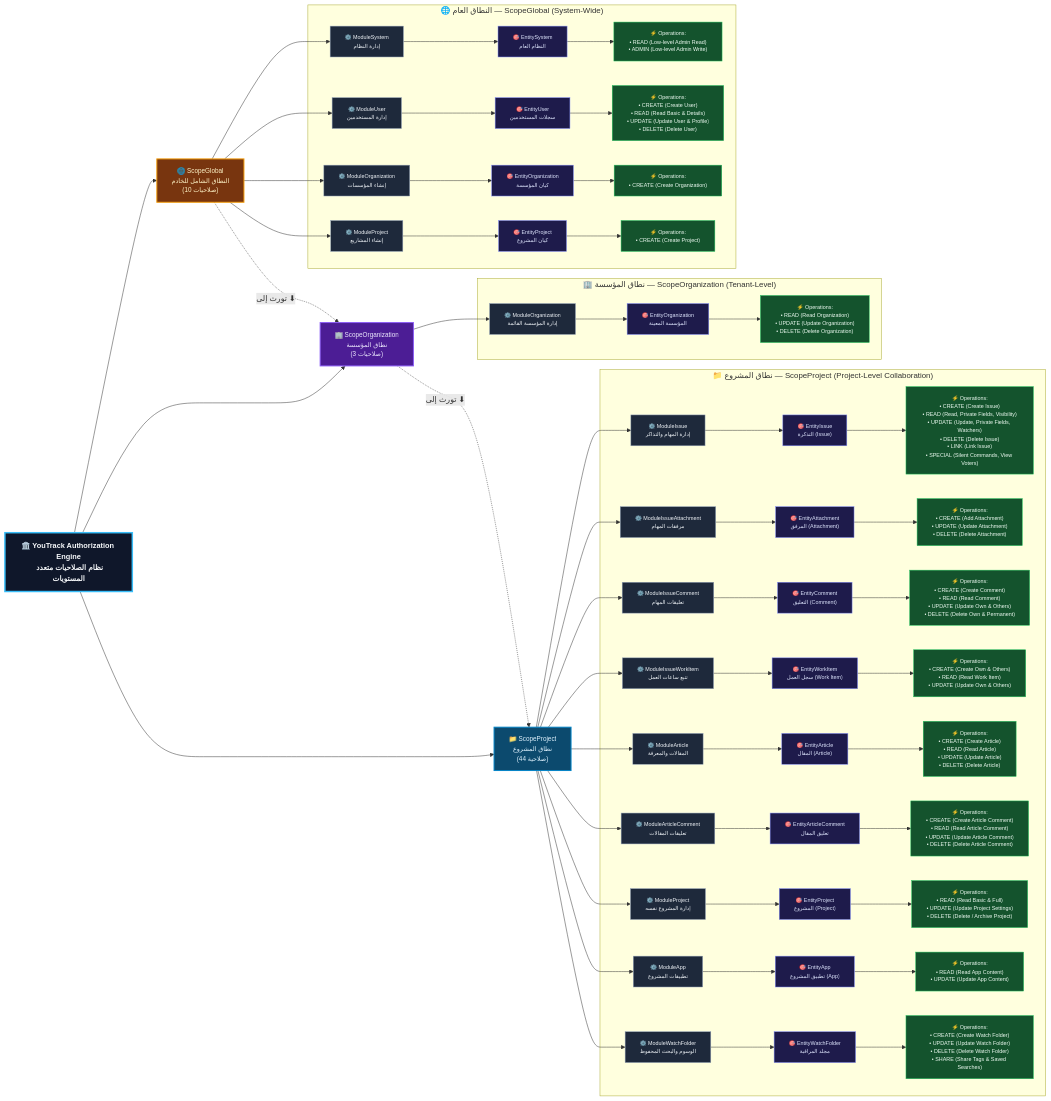
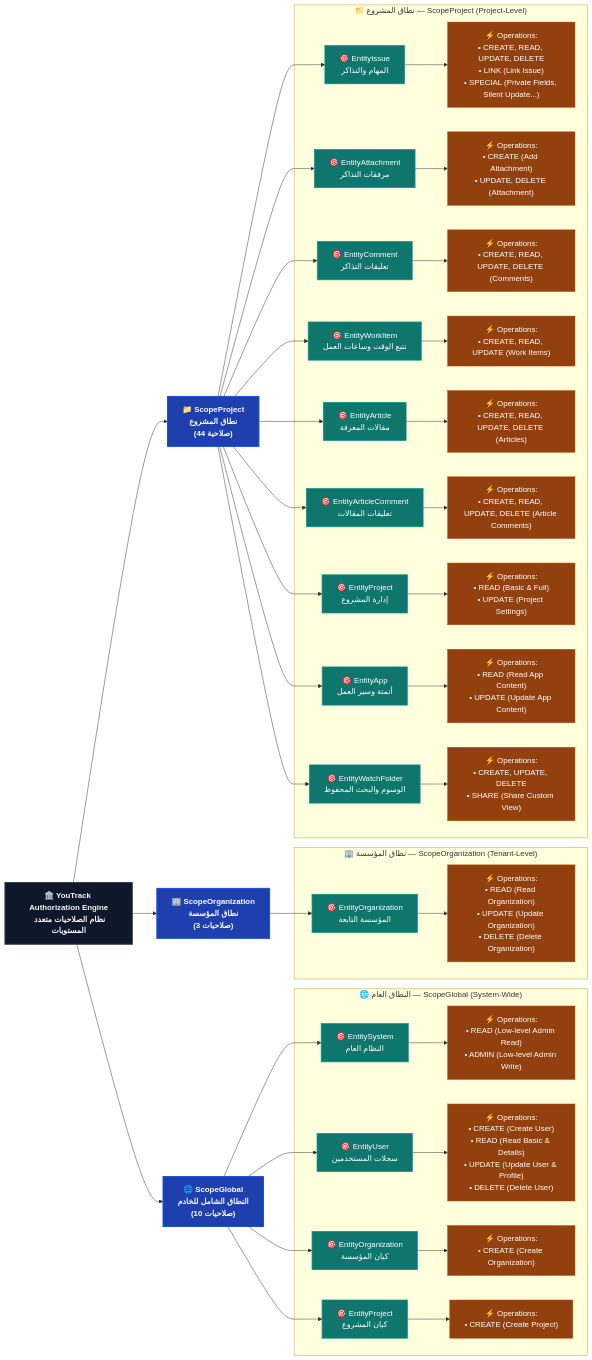
Before and after one commit to osmai4603-collab/permissions_youtrack: the diagram in docs/permissions/diagrams/scope_modules_entities_operations.mmd, drawn with Mermaid. The commit also changed 16 other files, not shown here.

```diff
--- a/docs/permissions/diagrams/scope_modules_entities_operations.mmd
+++ b/docs/permissions/diagrams/scope_modules_entities_operations.mmd
@@ -1,167 +1,118 @@
 %% ══════════════════════════════════════════════════════════════════════════════════
-%% YouTrack Scoped Permissions Matrix: ScopeLevel -> ModuleType -> EntityType -> OperationType
+%% YouTrack Scoped Permissions Matrix: ScopeLevel -> EntityType -> OperationType
 %% ══════════════════════════════════════════════════════════════════════════════════
-%% هذا المخطط يربط كل مستوى نطاق (Scope) بالوحدات الوظيفية (Modules)
-%% والموارد المستهدفة (Entities) والعمليات المسموح بها برمجياً (Operations)
-%% وفقاً لكتالوج YouTrack (catalog.go) وقواعد التحقق (service.go)
+%% هذا المخطط يربط كل مستوى نطاق (Scope) بالموارد المستهدفة (Entities)
+%% والعمليات المسموح بها برمجياً (Operations) وفقاً لكتالوج YouTrack ومعياره الرسمي
 %% ══════════════════════════════════════════════════════════════════════════════════
 
 graph LR
 
     %% ─────────────────────────────────────────────────────────────
     %% Level 1: Scope Levels (أفق النطاق)
     %% ─────────────────────────────────────────────────────────────
     ROOT["🏛️ YouTrack Authorization Engine<br/>نظام الصلاحيات متعدد المستويات"]
 
     SCOPE_G["🌐 ScopeGlobal<br/>النطاق الشامل للخادم<br/>(10 صلاحيات)"]
     SCOPE_O["🏢 ScopeOrganization<br/>نطاق المؤسسة<br/>(3 صلاحيات)"]
     SCOPE_P["📁 ScopeProject<br/>نطاق المشروع<br/>(44 صلاحية)"]
 
     ROOT --> SCOPE_G
     ROOT --> SCOPE_O
     ROOT --> SCOPE_P
 
     %% ═════════════════════════════════════════════════════════════
     %% 1. GLOBAL SCOPE BRANCH
     %% ═════════════════════════════════════════════════════════════
     subgraph SG_GLOBAL["🌐 النطاق العام — ScopeGlobal (System-Wide)"]
-        %% Modules
-        G_MOD_SYS["⚙️ ModuleSystem<br/>إدارة النظام"]
-        G_MOD_USER["⚙️ ModuleUser<br/>إدارة المستخدمين"]
-        G_MOD_ORG["⚙️ ModuleOrganization<br/>إنشاء المؤسسات"]
-        G_MOD_PROJ["⚙️ ModuleProject<br/>إنشاء المشاريع"]
-
         %% Entities
         G_ENT_SYS["🎯 EntitySystem<br/>النظام العام"]
         G_ENT_USER["🎯 EntityUser<br/>سجلات المستخدمين"]
         G_ENT_ORG["🎯 EntityOrganization<br/>كيان المؤسسة"]
         G_ENT_PROJ["🎯 EntityProject<br/>كيان المشروع"]
 
         %% Operations
         G_OPS_SYS["⚡ Operations:<br/>• READ (Low-level Admin Read)<br/>• ADMIN (Low-level Admin Write)"]
         G_OPS_USER["⚡ Operations:<br/>• CREATE (Create User)<br/>• READ (Read Basic & Details)<br/>• UPDATE (Update User & Profile)<br/>• DELETE (Delete User)"]
         G_OPS_ORG["⚡ Operations:<br/>• CREATE (Create Organization)"]
         G_OPS_PROJ["⚡ Operations:<br/>• CREATE (Create Project)"]
 
-        G_MOD_SYS --> G_ENT_SYS --> G_OPS_SYS
-        G_MOD_USER --> G_ENT_USER --> G_OPS_USER
-        G_MOD_ORG --> G_ENT_ORG --> G_OPS_ORG
-        G_MOD_PROJ --> G_ENT_PROJ --> G_OPS_PROJ
+        G_ENT_SYS --> G_OPS_SYS
+        G_ENT_USER --> G_OPS_USER
+        G_ENT_ORG --> G_OPS_ORG
+        G_ENT_PROJ --> G_OPS_PROJ
     end
 
-    SCOPE_G --> G_MOD_SYS
-    SCOPE_G --> G_MOD_USER
-    SCOPE_G --> G_MOD_ORG
-    SCOPE_G --> G_MOD_PROJ
+    SCOPE_G --> G_ENT_SYS
+    SCOPE_G --> G_ENT_USER
+    SCOPE_G --> G_ENT_ORG
+    SCOPE_G --> G_ENT_PROJ
 
     %% ═════════════════════════════════════════════════════════════
     %% 2. ORGANIZATION SCOPE BRANCH
     %% ═════════════════════════════════════════════════════════════
     subgraph SG_ORG["🏢 نطاق المؤسسة — ScopeOrganization (Tenant-Level)"]
-        %% Modules
-        O_MOD_ORG["⚙️ ModuleOrganization<br/>إدارة المؤسسة القائمة"]
-
-        %% Entities
-        O_ENT_ORG["🎯 EntityOrganization<br/>المؤسسة المعينة"]
-
-        %% Operations
+        O_ENT_ORG["🎯 EntityOrganization<br/>المؤسسة التابعة"]
         O_OPS_ORG["⚡ Operations:<br/>• READ (Read Organization)<br/>• UPDATE (Update Organization)<br/>• DELETE (Delete Organization)"]
 
-        O_MOD_ORG --> O_ENT_ORG --> O_OPS_ORG
+        O_ENT_ORG --> O_OPS_ORG
     end
 
-    SCOPE_O --> O_MOD_ORG
+    SCOPE_O --> O_ENT_ORG
 
     %% ═════════════════════════════════════════════════════════════
     %% 3. PROJECT SCOPE BRANCH
     %% ═════════════════════════════════════════════════════════════
-    subgraph SG_PROJECT["📁 نطاق المشروع — ScopeProject (Project-Level Collaboration)"]
-        %% Modules
-        P_MOD_ISSUE["⚙️ ModuleIssue<br/>إدارة المهام والتذاكر"]
-        P_MOD_ATTACH["⚙️ ModuleIssueAttachment<br/>مرفقات المهام"]
-        P_MOD_ISSCOM["⚙️ ModuleIssueComment<br/>تعليقات المهام"]
-        P_MOD_WORK["⚙️ ModuleIssueWorkItem<br/>تتبع ساعات العمل"]
-        P_MOD_ARTICLE["⚙️ ModuleArticle<br/>المقالات والمعرفة"]
-        P_MOD_ARTCOM["⚙️ ModuleArticleComment<br/>تعليقات المقالات"]
-        P_MOD_PROJ["⚙️ ModuleProject<br/>إدارة المشروع نفسه"]
-        P_MOD_APP["⚙️ ModuleApp<br/>تطبيقات المشروع"]
-        P_MOD_WATCH["⚙️ ModuleWatchFolder<br/>الوسوم والبحث المحفوظ"]
+    subgraph SG_PROJ["📁 نطاق المشروع — ScopeProject (Project-Level)"]
+        P_ENT_ISSUE["🎯 EntityIssue<br/>المهام والتذاكر"]
+        P_ENT_ATTACH["🎯 EntityAttachment<br/>مرفقات التذاكر"]
+        P_ENT_COMMENT["🎯 EntityComment<br/>تعليقات التذاكر"]
+        P_ENT_WORK["🎯 EntityWorkItem<br/>تتبع الوقت وساعات العمل"]
+        P_ENT_ARTICLE["🎯 EntityArticle<br/>مقالات المعرفة"]
+        P_ENT_ARTCOM["🎯 EntityArticleComment<br/>تعليقات المقالات"]
+        P_ENT_PROJ["🎯 EntityProject<br/>إدارة المشروع"]
+        P_ENT_APP["🎯 EntityApp<br/>أتمتة وسير العمل"]
+        P_ENT_WATCH["🎯 EntityWatchFolder<br/>الوسوم والبحث المحفوظ"]
 
-        %% Entities
-        P_ENT_ISSUE["🎯 EntityIssue<br/>التذكرة (Issue)"]
-        P_ENT_ATTACH["🎯 EntityAttachment<br/>المرفق (Attachment)"]
-        P_ENT_ISSCOM["🎯 EntityComment<br/>التعليق (Comment)"]
-        P_ENT_WORK["🎯 EntityWorkItem<br/>سجل العمل (Work Item)"]
-        P_ENT_ARTICLE["🎯 EntityArticle<br/>المقال (Article)"]
-        P_ENT_ARTCOM["🎯 EntityArticleComment<br/>تعليق المقال"]
-        P_ENT_PROJ["🎯 EntityProject<br/>المشروع (Project)"]
-        P_ENT_APP["🎯 EntityApp<br/>تطبيق المشروع (App)"]
-        P_ENT_WATCH["🎯 EntityWatchFolder<br/>مجلد المراقبة"]
+        P_OPS_ISSUE["⚡ Operations:<br/>• CREATE, READ, UPDATE, DELETE<br/>• LINK (Link Issue)<br/>• SPECIAL (Private Fields, Silent Update...)"]
+        P_OPS_ATTACH["⚡ Operations:<br/>• CREATE (Add Attachment)<br/>• UPDATE, DELETE (Attachment)"]
+        P_OPS_COMMENT["⚡ Operations:<br/>• CREATE, READ, UPDATE, DELETE (Comments)"]
+        P_OPS_WORK["⚡ Operations:<br/>• CREATE, READ, UPDATE (Work Items)"]
+        P_OPS_ARTICLE["⚡ Operations:<br/>• CREATE, READ, UPDATE, DELETE (Articles)"]
+        P_OPS_ARTCOM["⚡ Operations:<br/>• CREATE, READ, UPDATE, DELETE (Article Comments)"]
+        P_OPS_PROJ["⚡ Operations:<br/>• READ (Basic & Full)<br/>• UPDATE (Project Settings)"]
+        P_OPS_APP["⚡ Operations:<br/>• READ (Read App Content)<br/>• UPDATE (Update App Content)"]
+        P_OPS_WATCH["⚡ Operations:<br/>• CREATE, UPDATE, DELETE<br/>• SHARE (Share Custom View)"]
 
-        %% Operations
-        P_OPS_ISSUE["⚡ Operations:<br/>• CREATE (Create Issue)<br/>• READ (Read, Private Fields, Visibility)<br/>• UPDATE (Update, Private Fields, Watchers)<br/>• DELETE (Delete Issue)<br/>• LINK (Link Issue)<br/>• SPECIAL (Silent Commands, View Voters)"]
-        P_OPS_ATTACH["⚡ Operations:<br/>• CREATE (Add Attachment)<br/>• UPDATE (Update Attachment)<br/>• DELETE (Delete Attachment)"]
-        P_OPS_ISSCOM["⚡ Operations:<br/>• CREATE (Create Comment)<br/>• READ (Read Comment)<br/>• UPDATE (Update Own & Others)<br/>• DELETE (Delete Own & Permanent)"]
-        P_OPS_WORK["⚡ Operations:<br/>• CREATE (Create Own & Others)<br/>• READ (Read Work Item)<br/>• UPDATE (Update Own & Others)"]
-        P_OPS_ARTICLE["⚡ Operations:<br/>• CREATE (Create Article)<br/>• READ (Read Article)<br/>• UPDATE (Update Article)<br/>• DELETE (Delete Article)"]
-        P_OPS_ARTCOM["⚡ Operations:<br/>• CREATE (Create Article Comment)<br/>• READ (Read Article Comment)<br/>• UPDATE (Update Article Comment)<br/>• DELETE (Delete Article Comment)"]
-        P_OPS_PROJ["⚡ Operations:<br/>• READ (Read Basic & Full)<br/>• UPDATE (Update Project Settings)<br/>• DELETE (Delete / Archive Project)"]
-        P_OPS_APP["⚡ Operations:<br/>• READ (Read App Content)<br/>• UPDATE (Update App Content)"]
-        P_OPS_WATCH["⚡ Operations:<br/>• CREATE (Create Watch Folder)<br/>• UPDATE (Update Watch Folder)<br/>• DELETE (Delete Watch Folder)<br/>• SHARE (Share Tags & Saved Searches)"]
-
-        P_MOD_ISSUE --> P_ENT_ISSUE --> P_OPS_ISSUE
-        P_MOD_ATTACH --> P_ENT_ATTACH --> P_OPS_ATTACH
-        P_MOD_ISSCOM --> P_ENT_ISSCOM --> P_OPS_ISSCOM
-        P_MOD_WORK --> P_ENT_WORK --> P_OPS_WORK
-        P_MOD_ARTICLE --> P_ENT_ARTICLE --> P_OPS_ARTICLE
-        P_MOD_ARTCOM --> P_ENT_ARTCOM --> P_OPS_ARTCOM
-        P_MOD_PROJ --> P_ENT_PROJ --> P_OPS_PROJ
-        P_MOD_APP --> P_ENT_APP --> P_OPS_APP
-        P_MOD_WATCH --> P_ENT_WATCH --> P_OPS_WATCH
+        P_ENT_ISSUE --> P_OPS_ISSUE
+        P_ENT_ATTACH --> P_OPS_ATTACH
+        P_ENT_COMMENT --> P_OPS_COMMENT
+        P_ENT_WORK --> P_OPS_WORK
+        P_ENT_ARTICLE --> P_OPS_ARTICLE
+        P_ENT_ARTCOM --> P_OPS_ARTCOM
+        P_ENT_PROJ --> P_OPS_PROJ
+        P_ENT_APP --> P_OPS_APP
+        P_ENT_WATCH --> P_OPS_WATCH
     end
 
-    SCOPE_P --> P_MOD_ISSUE
-    SCOPE_P --> P_MOD_ATTACH
-    SCOPE_P --> P_MOD_ISSCOM
-    SCOPE_P --> P_MOD_WORK
-    SCOPE_P --> P_MOD_ARTICLE
-    SCOPE_P --> P_MOD_ARTCOM
-    SCOPE_P --> P_MOD_PROJ
-    SCOPE_P --> P_MOD_APP
-    SCOPE_P --> P_MOD_WATCH
+    SCOPE_P --> P_ENT_ISSUE
+    SCOPE_P --> P_ENT_ATTACH
+    SCOPE_P --> P_ENT_COMMENT
+    SCOPE_P --> P_ENT_WORK
+    SCOPE_P --> P_ENT_ARTICLE
+    SCOPE_P --> P_ENT_ARTCOM
+    SCOPE_P --> P_ENT_PROJ
+    SCOPE_P --> P_ENT_APP
+    SCOPE_P --> P_ENT_WATCH
 
-    %% ═════════════════════════════════════════════════════════════
-    %% Cascading Inheritance Rules (العلاقات الهرمية)
-    %% ═════════════════════════════════════════════════════════════
-    SCOPE_G -.->|"تورث إلى ⬇"| SCOPE_O
-    SCOPE_O -.->|"تورث إلى ⬇"| SCOPE_P
+    %% ─────────────────────────────────────────────────────────────
+    %% Styling and Classes
+    %% ─────────────────────────────────────────────────────────────
+    classDef rootNode fill:#0f172a,stroke:#334155,stroke-width:2px,color:#f8fafc,font-weight:bold
+    classDef scopeNode fill:#1e40af,stroke:#1d4ed8,stroke-width:2px,color:#fff,font-weight:bold
+    classDef entityNode fill:#0f766e,stroke:#0d9488,stroke-width:1.5px,color:#fff
+    classDef opNode fill:#92400e,stroke:#b45309,stroke-width:1px,color:#fff
 
-    %% ═════════════════════════════════════════════════════════════
-    %% Node Styling
-    %% ═════════════════════════════════════════════════════════════
-    classDef rootNode fill:#0f172a,stroke:#38bdf8,stroke-width:3px,color:#f8fafc,font-size:15px,font-weight:bold;
-
-    classDef globalScope fill:#78350f,stroke:#f59e0b,stroke-width:2px,color:#fef3c7,font-size:13px;
-    classDef orgScope fill:#4c1d95,stroke:#8b5cf6,stroke-width:2px,color:#ede9fe,font-size:13px;
-    classDef projScope fill:#0c4a6e,stroke:#0284c7,stroke-width:2px,color:#e0f2fe,font-size:13px;
-
-    classDef modNode fill:#1e293b,stroke:#94a3b8,stroke-width:1px,color:#f1f5f9,font-size:11px;
-    classDef entNode fill:#1e1b4b,stroke:#818cf8,stroke-width:1px,color:#e0e7ff,font-size:11px;
-    classDef opsNode fill:#14532d,stroke:#22c55e,stroke-width:1px,color:#f0fdf4,font-size:11px;
-
-    class ROOT rootNode;
-    class SCOPE_G globalScope;
-    class SCOPE_O orgScope;
-    class SCOPE_P projScope;
-
-    class G_MOD_SYS,G_MOD_USER,G_MOD_ORG,G_MOD_PROJ modNode;
-    class O_MOD_ORG modNode;
-    class P_MOD_ISSUE,P_MOD_ATTACH,P_MOD_ISSCOM,P_MOD_WORK,P_MOD_ARTICLE,P_MOD_ARTCOM,P_MOD_PROJ,P_MOD_APP,P_MOD_WATCH modNode;
-
-    class G_ENT_SYS,G_ENT_USER,G_ENT_ORG,G_ENT_PROJ entNode;
-    class O_ENT_ORG entNode;
-    class P_ENT_ISSUE,P_ENT_ATTACH,P_ENT_ISSCOM,P_ENT_WORK,P_ENT_ARTICLE,P_ENT_ARTCOM,P_ENT_PROJ,P_ENT_APP,P_ENT_WATCH entNode;
-
-    class G_OPS_SYS,G_OPS_USER,G_OPS_ORG,G_OPS_PROJ opsNode;
-    class O_OPS_ORG opsNode;
-    class P_OPS_ISSUE,P_OPS_ATTACH,P_OPS_ISSCOM,P_OPS_WORK,P_OPS_ARTICLE,P_OPS_ARTCOM,P_OPS_PROJ,P_OPS_APP,P_OPS_WATCH opsNode;
+    class ROOT rootNode
+    class SCOPE_G,SCOPE_O,SCOPE_P scopeNode
+    class G_ENT_SYS,G_ENT_USER,G_ENT_ORG,G_ENT_PROJ,O_ENT_ORG,P_ENT_ISSUE,P_ENT_ATTACH,P_ENT_COMMENT,P_ENT_WORK,P_ENT_ARTICLE,P_ENT_ARTCOM,P_ENT_PROJ,P_ENT_APP,P_ENT_WATCH entityNode
+    class G_OPS_SYS,G_OPS_USER,G_OPS_ORG,G_OPS_PROJ,O_OPS_ORG,P_OPS_ISSUE,P_OPS_ATTACH,P_OPS_COMMENT,P_OPS_WORK,P_OPS_ARTICLE,P_OPS_ARTCOM,P_OPS_PROJ,P_OPS_APP,P_OPS_WATCH opNode
```
